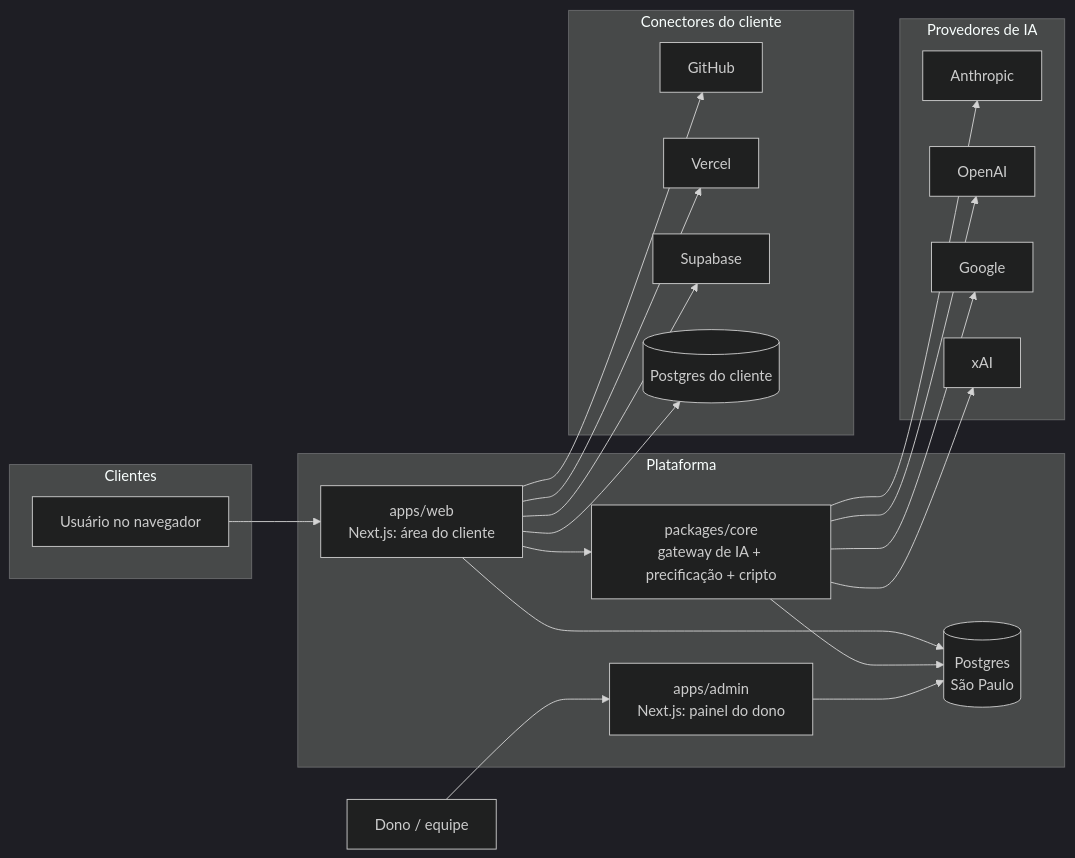
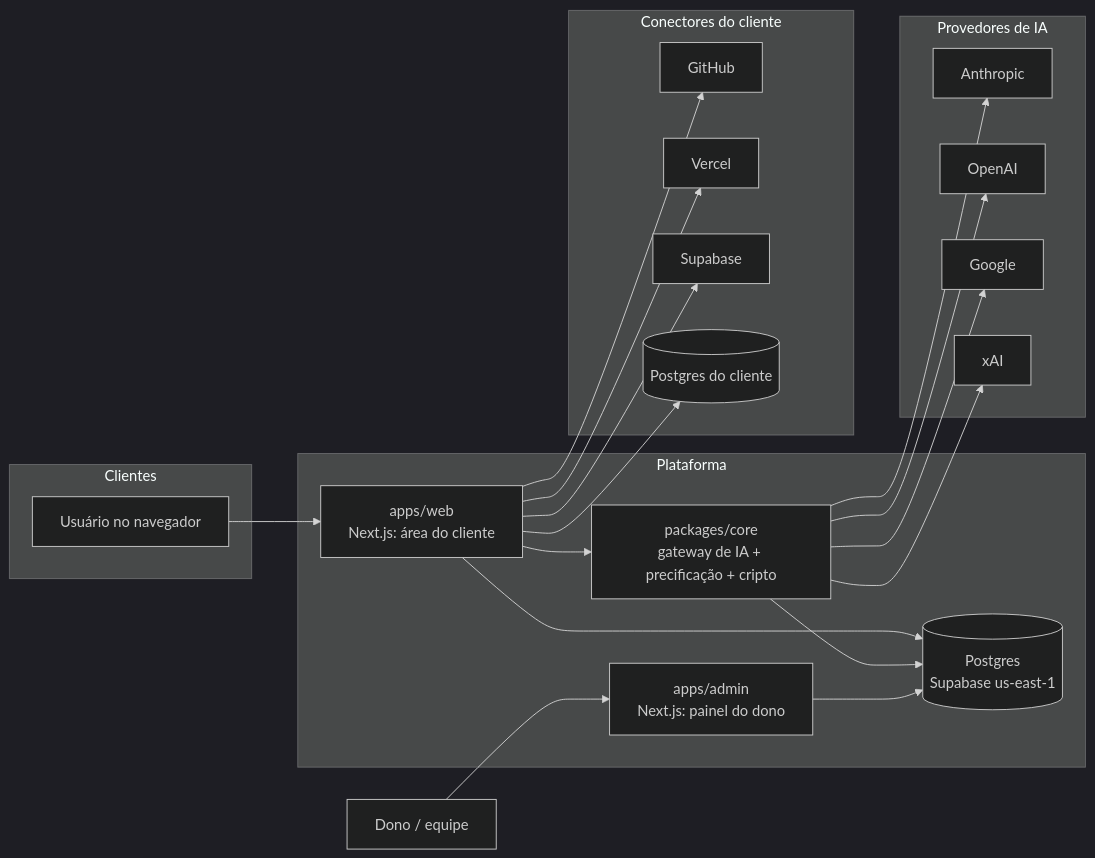
Before and after one commit to j0Cs/j0Cs: the diagram in docs/02-arquitetura.md, drawn with Mermaid (dark theme). The commit also changed other lines of this file and 44 other files, not shown here.

````diff
--- a/docs/02-arquitetura.md
+++ b/docs/02-arquitetura.md
@@ -5,32 +5,32 @@
 ```mermaid
 flowchart LR
   subgraph Clientes
     U[Usuário no navegador]
   end
   subgraph Plataforma
     WEB[apps/web<br/>Next.js: área do cliente]
     ADM[apps/admin<br/>Next.js: painel do dono]
     CORE[packages/core<br/>gateway de IA + precificação + cripto]
-    DB[(Postgres<br/>São Paulo)]
+    DB[(Postgres<br/>Supabase us-east-1)]
   end
   subgraph Provedores de IA
     A[Anthropic]
     O[OpenAI]
     G[Google]
     X[xAI]
   end
   subgraph Conectores do cliente
     GH[GitHub]
     V[Vercel]
     S[Supabase]
     PG[(Postgres do cliente)]
   end
   DONO[Dono / equipe] --> ADM
   U --> WEB
   WEB --> CORE
   ADM --> DB
   CORE --> DB
   WEB --> DB
   CORE --> A & O & G & X
   WEB --> GH & V & S & PG
 ```
````
